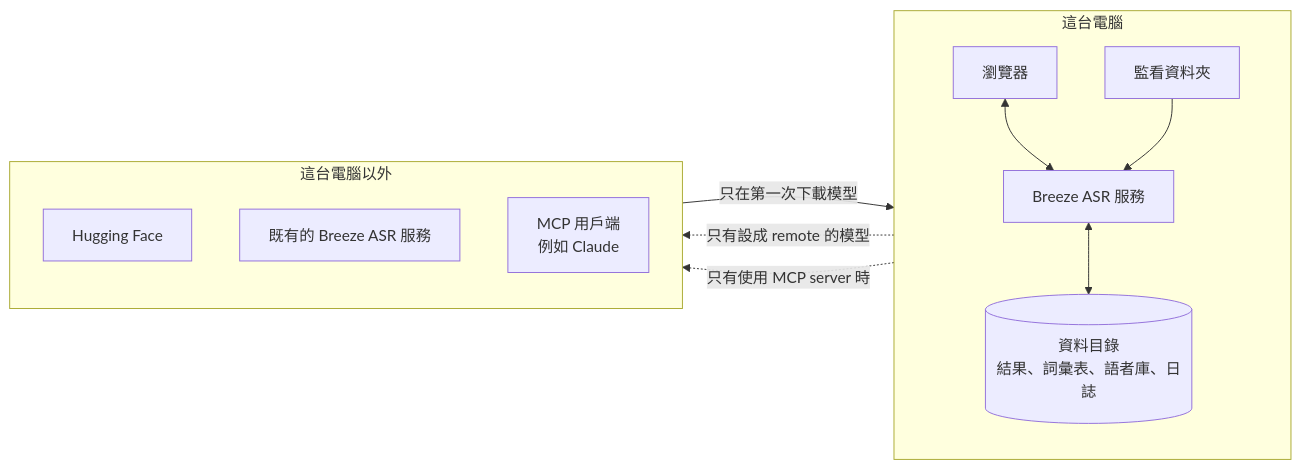
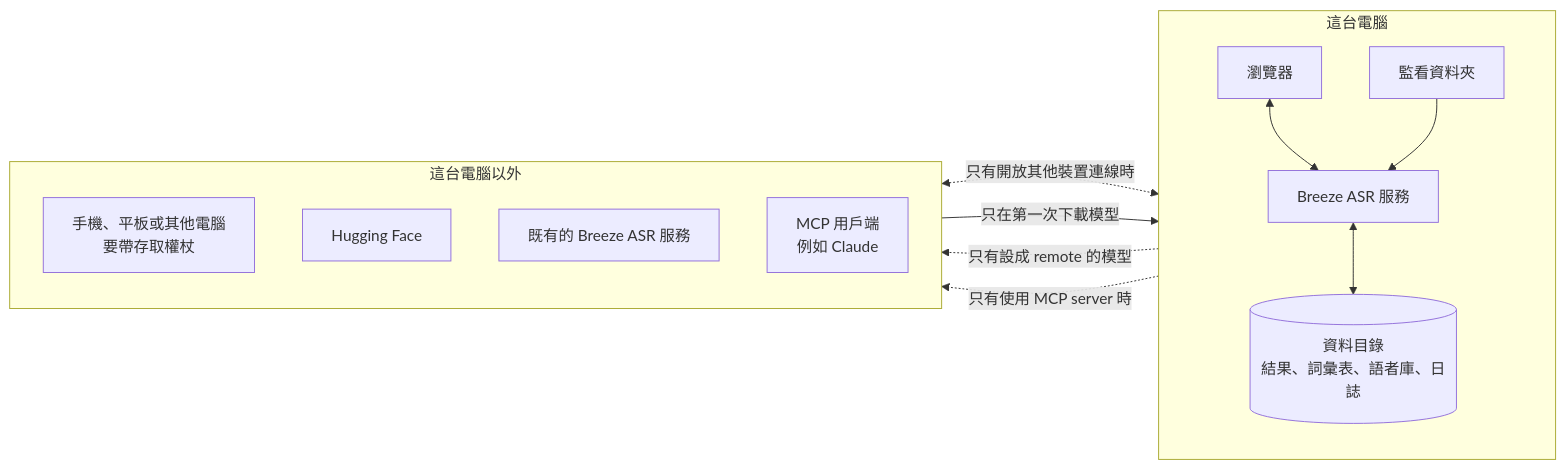
The diagram in SECURITY.md (Scorpio-meow/Breeze-ASR), drawn with Mermaid before and after one commit. The commit also changed other lines of this file and 39 other files, not shown here.

````diff
--- a/SECURITY.md
+++ b/SECURITY.md
@@ -15,18 +20,20 @@
 ```mermaid
 flowchart LR
     subgraph local["這台電腦"]
         direction TB
         browser["瀏覽器"] <--> service["Breeze ASR 服務"]
         folder["監看資料夾"] --> service
         service <--> data[("資料目錄<br/>結果、詞彙表、語者庫、日誌")]
     end
     subgraph outside["這台電腦以外"]
         direction TB
+        phone["手機、平板或其他電腦<br/>要帶存取權杖"]
         hf["Hugging Face"]
         remote["既有的 Breeze ASR 服務"]
         mcp["MCP 用戶端<br/>例如 Claude"]
     end
+    phone <-.->|只有開放其他裝置連線時| service
     hf -->|只在第一次下載模型| service
     service -.->|只有設成 remote 的模型| remote
     service -.->|只有使用 MCP server 時| mcp
 ```
````
